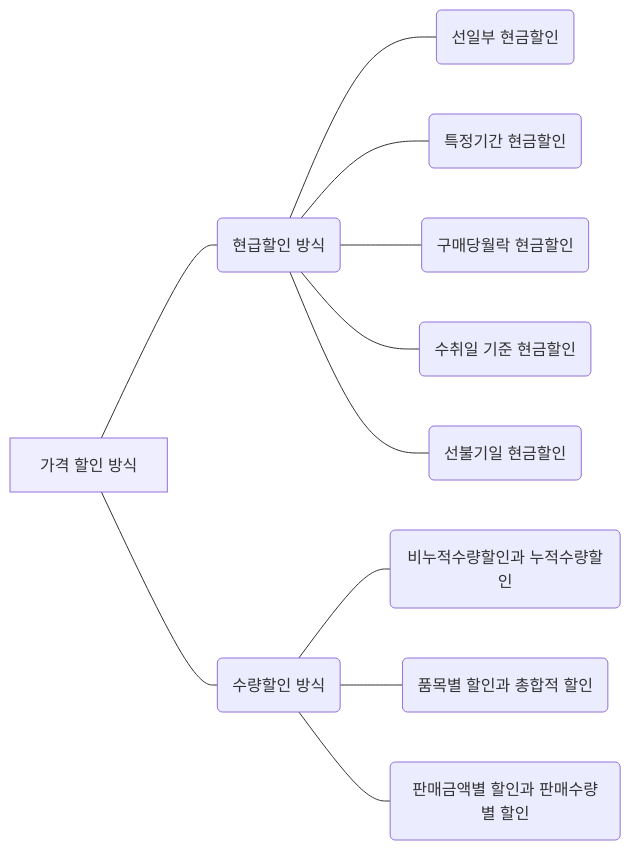
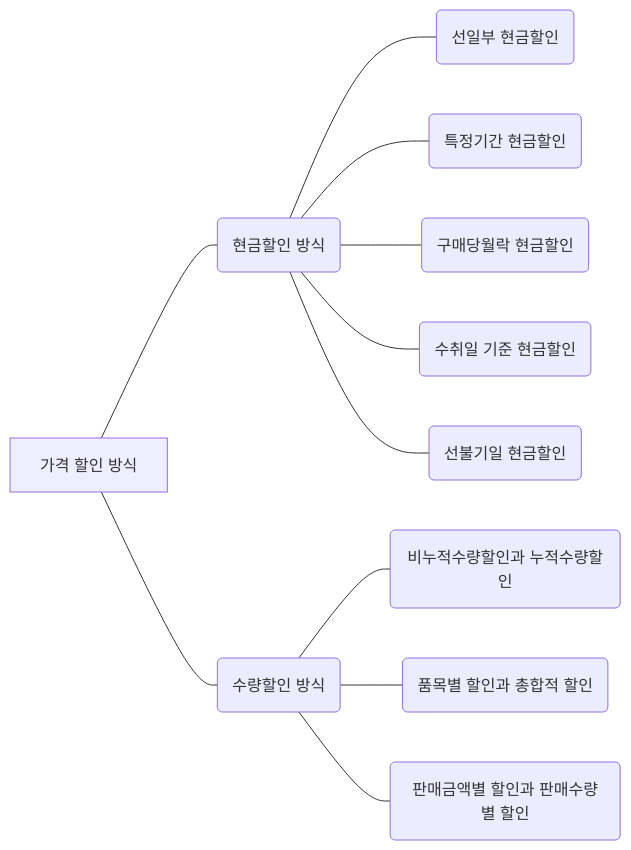
The fourth of 5 diagrams in 0103구매와외주전략.qmd (yeonkyupark/pepc2e), drawn with Mermaid before and after one commit. The commit also changed other lines of this file, not shown here.

````diff
--- a/0103구매와외주전략.qmd
+++ b/0103구매와외주전략.qmd
@@ -170,24 +170,24 @@
 ```{mermaid}
 %%| fig-cap: "가격 할인 방식"
 
 flowchart LR
 00["가격 할인 방식"]
-10("현급할인 방식")
+10("현금할인 방식")
 101("선일부 현금할인")
 102("특정기간 현금할인")
 103("구매당월락 현금할인")
 104("수취일 기준 현금할인")
 105("선불기일 현금할인")
 
 
 20("수량할인 방식")
 201("비누적수량할인과 누적수량할인")
 202("품목별 할인과 총합적 할인")
 203("판매금액별 할인과 판매수량별 할인")
 
 00 --- 10 & 20
 10 --- 101 & 102 & 103 & 104 & 105
 20 --- 201 & 202 & 203
 
 style 00 fill:#eef 
 ```
````
